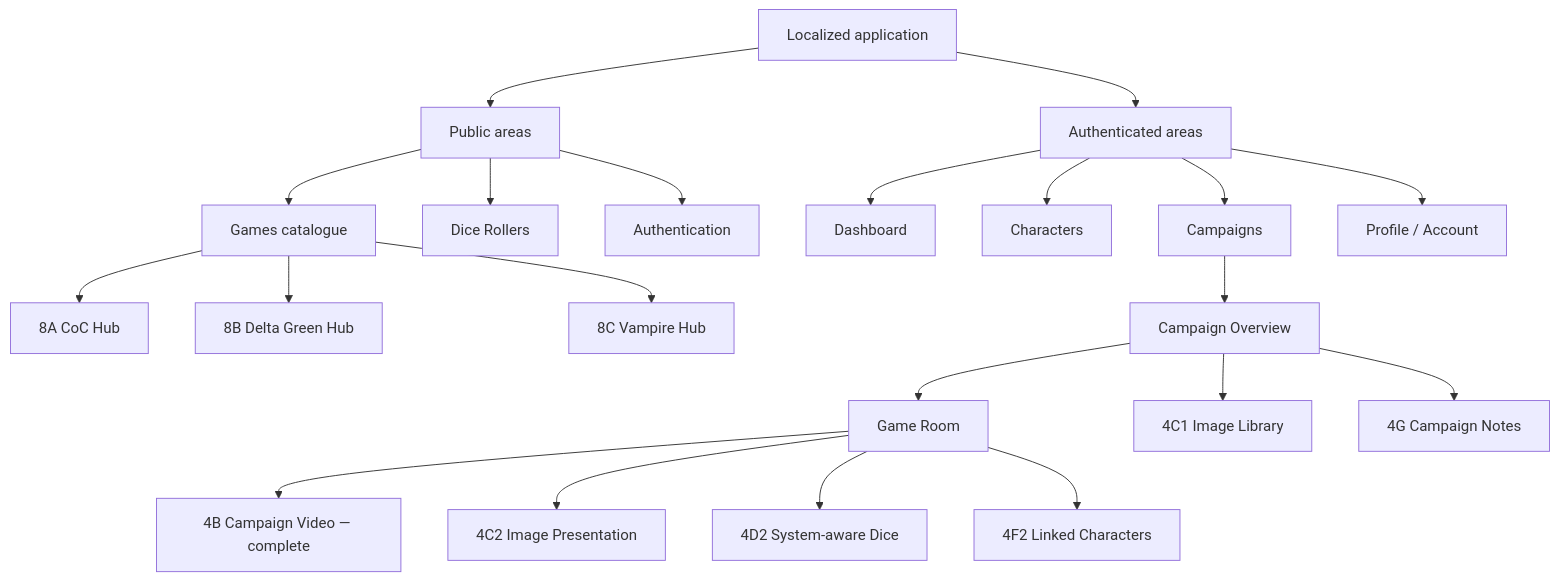
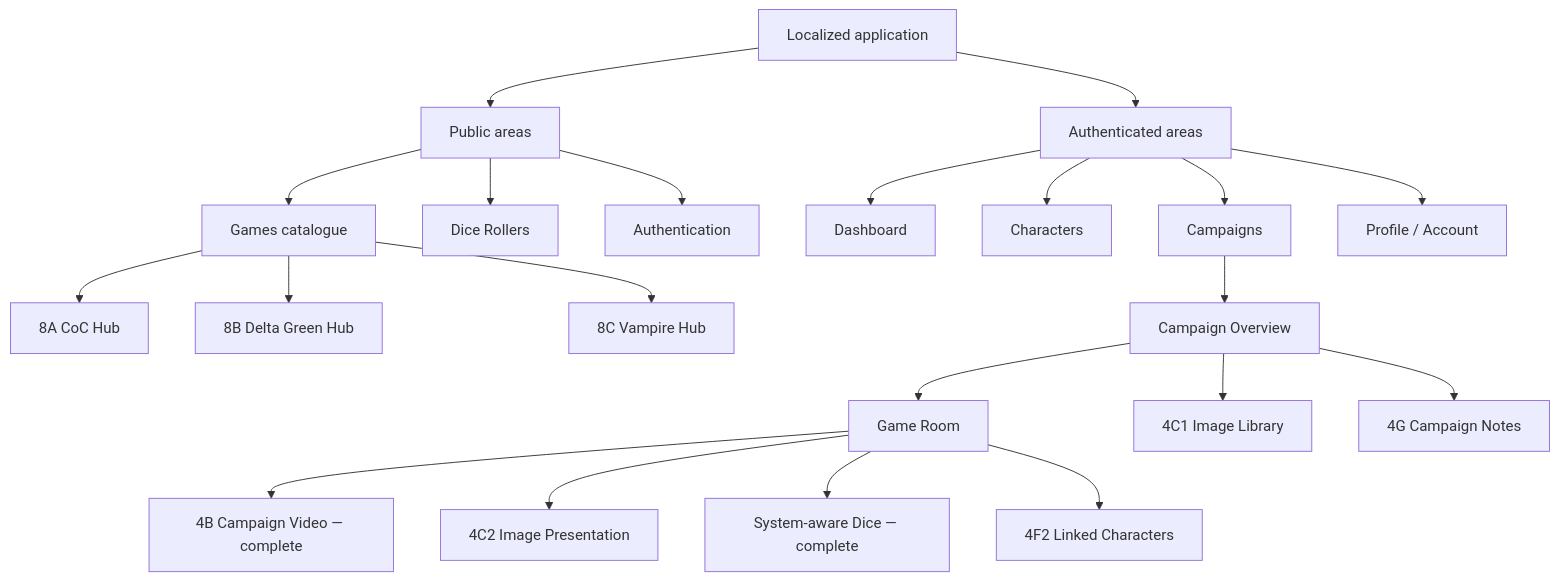
One commit to Andrey-0101/ttrpg-website changed the diagram in docs/product/SITE_MAP_TARGET.md. Above: the diagram before and after it, drawn with Mermaid. The commit also changed 15 other files, not shown here.

````diff
--- a/docs/product/SITE_MAP_TARGET.md
+++ b/docs/product/SITE_MAP_TARGET.md
@@ -17,23 +17,23 @@
 ```mermaid
 flowchart TD
     ROOT["Localized application"] --> PUBLIC["Public areas"]
     ROOT --> PRIVATE["Authenticated areas"]
     PUBLIC --> GAMES["Games catalogue"]
     PUBLIC --> DICE["Dice Rollers"]
     PUBLIC --> AUTH["Authentication"]
     PRIVATE --> DASHBOARD["Dashboard"]
     PRIVATE --> CHARACTERS["Characters"]
     PRIVATE --> CAMPAIGNS["Campaigns"]
     PRIVATE --> ACCOUNT["Profile / Account"]
     CAMPAIGNS --> CAMPAIGN["Campaign Overview"]
     CAMPAIGN --> GAME_ROOM["Game Room"]
     CAMPAIGN --> IMAGE_LIBRARY["4C1 Image Library"]
     GAME_ROOM --> VIDEO["4B Campaign Video — complete"]
     GAME_ROOM --> IMAGE_DISPLAY["4C2 Image Presentation"]
-    GAME_ROOM --> SYSTEM_DICE["4D2 System-aware Dice"]
+    GAME_ROOM --> SYSTEM_DICE["System-aware Dice — complete"]
     GAME_ROOM --> LINKED_CHARACTERS["4F2 Linked Characters"]
     CAMPAIGN --> NOTES["4G Campaign Notes"]
     GAMES --> COC_HUB["8A CoC Hub"]
     GAMES --> DG_HUB["8B Delta Green Hub"]
     GAMES --> VAMPIRE_HUB["8C Vampire Hub"]
 ```
````
